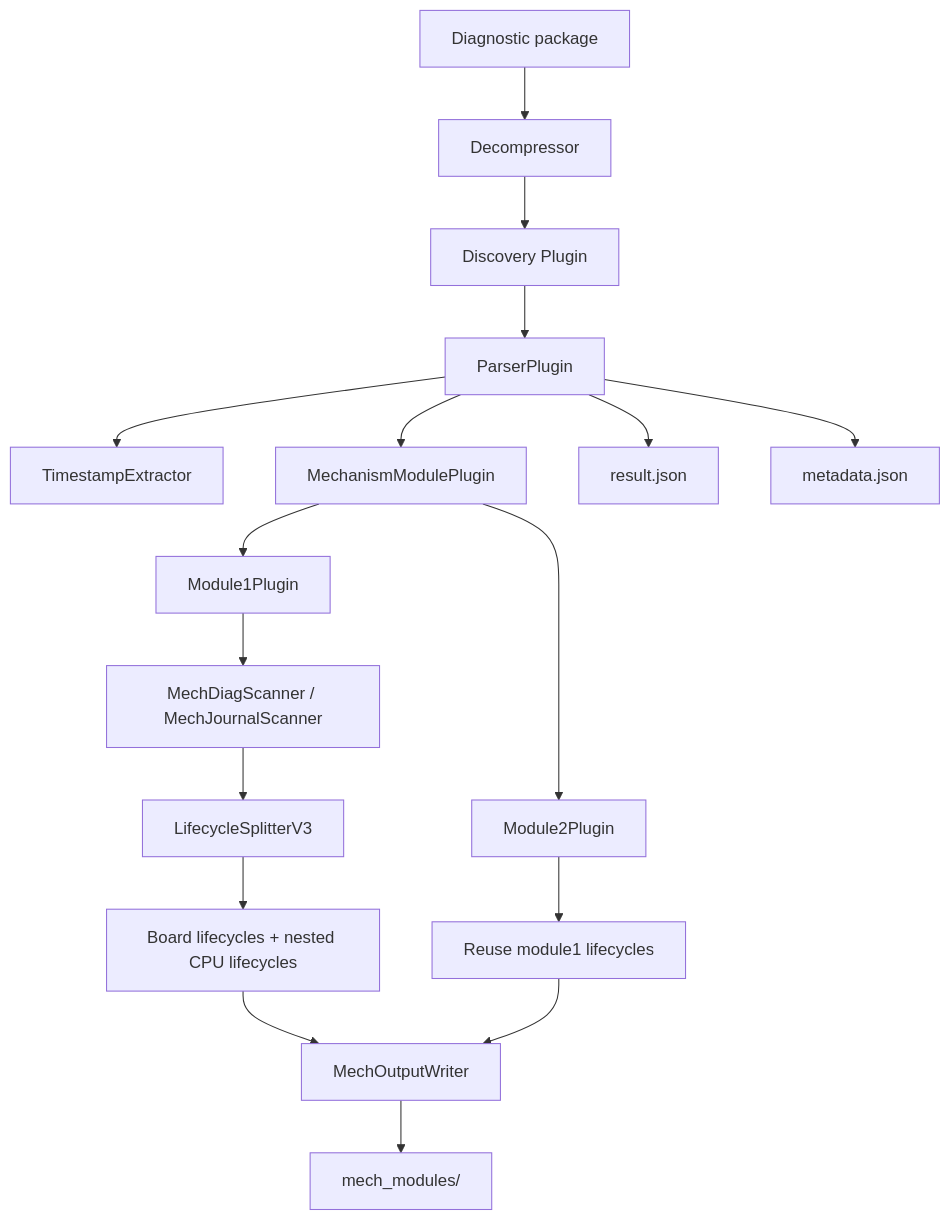
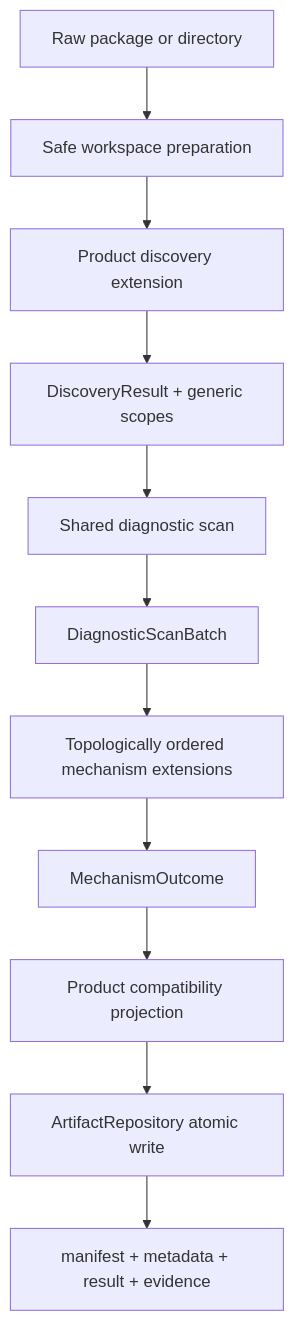
The second of 2 diagrams in docs/architecture.md (superdong1992/logparse), drawn with Mermaid before and after one commit. The commit also changed other lines of this file and 144 other files, not shown here.

````diff
--- a/docs/architecture.md
+++ b/docs/architecture.md
@@ -3,19 +82,13 @@
 ```mermaid
 flowchart TD
-    A[Diagnostic package] --> B[Decompressor]
-    B --> C[Discovery Plugin]
-    C --> D[ParserPlugin]
-    D --> E[TimestampExtractor]
-    D --> F[MechanismModulePlugin]
-    F --> G[Module1Plugin]
-    G --> H[MechDiagScanner / MechJournalScanner]
-    H --> I[LifecycleSplitterV3]
-    I --> J[Board lifecycles + nested CPU lifecycles]
-    F --> K[Module2Plugin]
-    K --> L[Reuse module1 lifecycles]
-    J --> M[MechOutputWriter]
-    L --> M
-    M --> N[mech_modules/]
-    D --> O[result.json]
-    D --> P[metadata.json]
+    A["Raw package or directory"] --> B["Safe workspace preparation"]
+    B --> C["Product discovery extension"]
+    C --> D["DiscoveryResult + generic scopes"]
+    D --> E["Shared diagnostic scan"]
+    E --> F["DiagnosticScanBatch"]
+    F --> G["Topologically ordered mechanism extensions"]
+    G --> H["MechanismOutcome"]
+    H --> I["Product compatibility projection"]
+    I --> J["ArtifactRepository atomic write"]
+    J --> K["manifest + metadata + result + evidence"]
 ```
````
